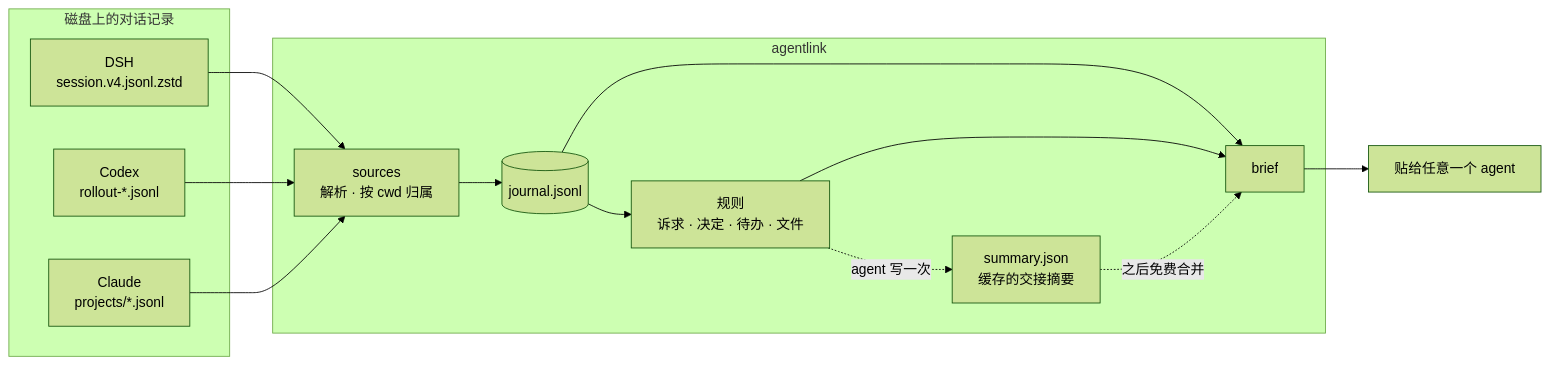
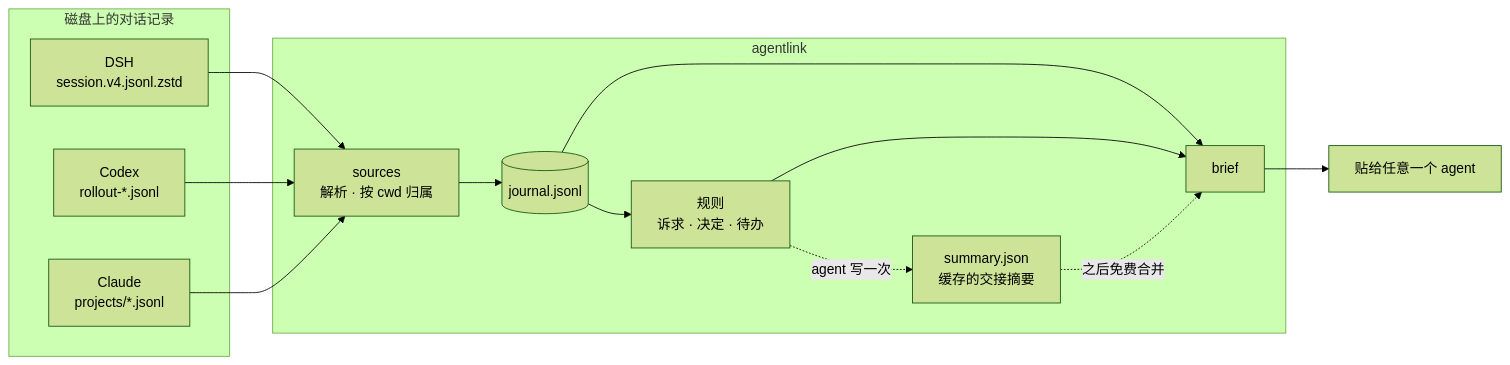
The diagram in README.zh-CN.md (gougougouz/agent-context-bridge), drawn with Mermaid (forest theme) before and after one commit. The commit also changed other lines of this file and 4 other files, not shown here.

First line of the commit message:
docs: README 收一遍 —— 175 行，留一张图，深的挪进 docs

````diff
--- a/README.zh-CN.md
+++ b/README.zh-CN.md
@@ -149,27 +113,27 @@
 ```mermaid
 flowchart LR
     subgraph disk["磁盘上的对话记录"]
         D["DSH<br/>session.v4.jsonl.zstd"]
         C["Codex<br/>rollout-*.jsonl"]
         K["Claude<br/>projects/*.jsonl"]
     end
 
     subgraph tool["agentlink"]
         S["sources<br/>解析 · 按 cwd 归属"]
         J[("journal.jsonl")]
-        R["规则<br/>诉求 · 决定 · 待办 · 文件"]
+        R["规则<br/>诉求 · 决定 · 待办"]
         M["summary.json<br/>缓存的交接摘要"]
         B["brief"]
     end
 
     D --> S
     C --> S
     K --> S
     S --> J
     J --> R
     J --> B
     R --> B
     R -.->|"agent 写一次"| M
     M -.->|"之后免费合并"| B
     B --> OUT["贴给任意一个 agent"]
 ```
````
